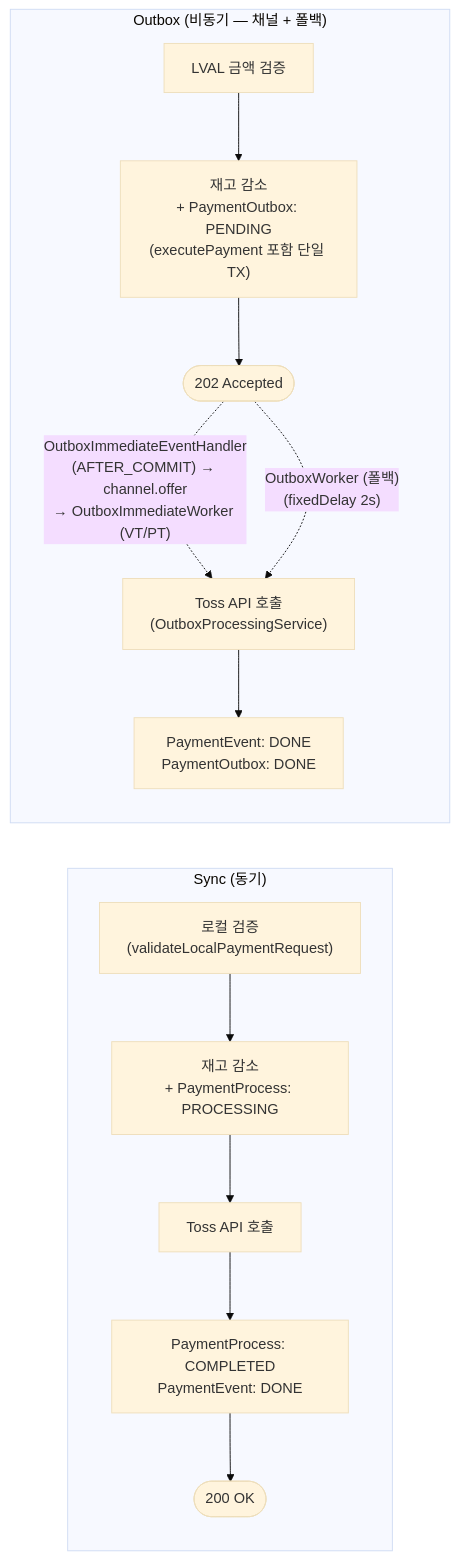
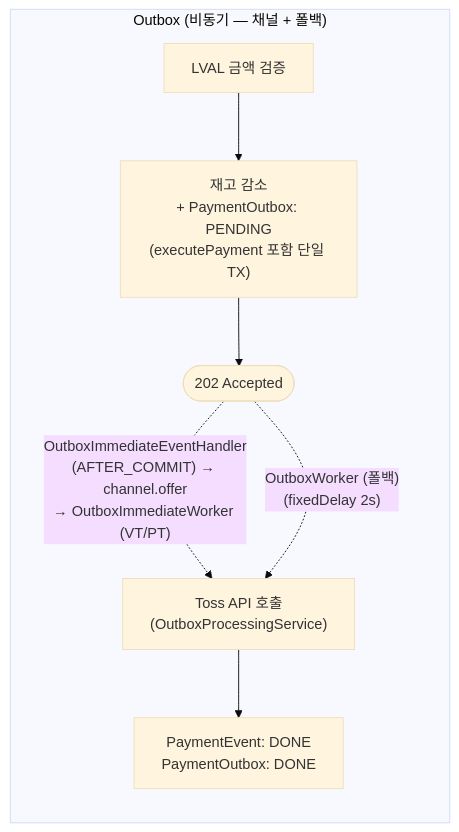
One commit to hyoguoo/payment-platform changed the sixth of 7 diagrams in docs/context/CONFIRM-FLOW-FLOWCHART.md. Above: the diagram before and after it, drawn with Mermaid (base theme). The commit also changed other lines of this file and 9 other files, not shown here.

````diff
--- a/docs/context/CONFIRM-FLOW-FLOWCHART.md
+++ b/docs/context/CONFIRM-FLOW-FLOWCHART.md
@@ -215,19 +155,11 @@
 ```mermaid
 flowchart LR
-    subgraph Sync["Sync (동기)"]
-        direction TB
-        S1["로컬 검증\n(validateLocalPaymentRequest)"] --> S2["재고 감소\n+ PaymentProcess: PROCESSING"]
-        S2 --> S3["Toss API 호출"]
-        S3 --> S4["PaymentProcess: COMPLETED\nPaymentEvent: DONE"]
-        S4 --> S5([200 OK])
-    end
-
     subgraph Outbox["Outbox (비동기 — 채널 + 폴백)"]
         direction TB
         O1["LVAL 금액 검증"] --> O2["재고 감소\n+ PaymentOutbox: PENDING\n(executePayment 포함 단일 TX)"]
         O2 --> O3([202 Accepted])
         O3 -.->|"OutboxImmediateEventHandler\n(AFTER_COMMIT) → channel.offer\n→ OutboxImmediateWorker (VT/PT)"| O4["Toss API 호출\n(OutboxProcessingService)"]
         O3 -.->|"OutboxWorker (폴백)\n(fixedDelay 2s)"| O4
         O4 --> O5["PaymentEvent: DONE\nPaymentOutbox: DONE"]
     end
 ```
````
